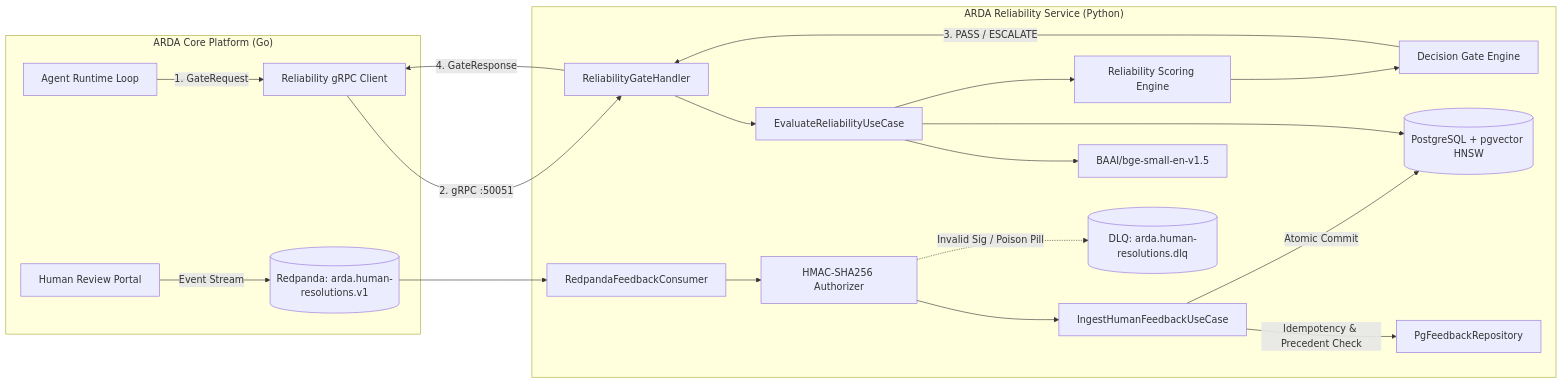
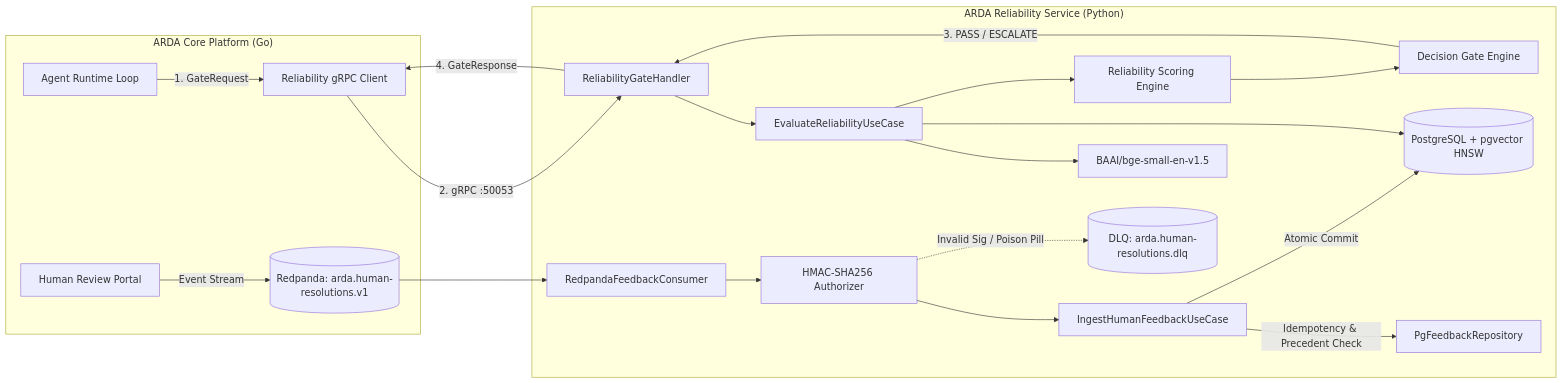
The diagram in README.md (aswinsreeraj/arda-reliability-service), drawn with Mermaid before and after one commit. The commit also changed 1 other file, not shown here.

Commit message:
chore(reliability): add module entrypoint and update gRPC architecture port documentation
- Add __main__.py to support running service via python -m arda_reliability_service
- Update README architecture diagram to reflect active gRPC port 50053

````diff
--- a/README.md
+++ b/README.md
@@ -29,25 +29,25 @@
 ```mermaid
 flowchart LR
     subgraph ARDA_Go["ARDA Core Platform (Go)"]
         Agent[Agent Runtime Loop] -->|1. GateRequest| gRPCClient[Reliability gRPC Client]
         Portal[Human Review Portal] -->|Event Stream| RedpandaTopic[("Redpanda: arda.human-resolutions.v1")]
     end
 
     subgraph Reliability_Service["ARDA Reliability Service (Python)"]
-        gRPCClient -->|2. gRPC :50051| GRPCHandler[ReliabilityGateHandler]
+        gRPCClient -->|2. gRPC :50053| GRPCHandler[ReliabilityGateHandler]
         GRPCHandler --> UseCase1[EvaluateReliabilityUseCase]
         UseCase1 --> Embedder[BAAI/bge-small-en-v1.5]
         UseCase1 --> PgVector[(PostgreSQL + pgvector HNSW)]
         UseCase1 --> Scoring[Reliability Scoring Engine]
         Scoring --> Decision[Decision Gate Engine]
         Decision -->|3. PASS / ESCALATE| GRPCHandler
         GRPCHandler -->|4. GateResponse| gRPCClient
 
         RedpandaTopic --> Consumer[RedpandaFeedbackConsumer]
         Consumer --> Authorizer[HMAC-SHA256 Authorizer]
         Authorizer --> UseCase2[IngestHumanFeedbackUseCase]
         UseCase2 -->|Idempotency & Precedent Check| PgFeedback[PgFeedbackRepository]
         UseCase2 -->|Atomic Commit| PgVector
         Authorizer -.->|Invalid Sig / Poison Pill| DLQ[("DLQ: arda.human-resolutions.dlq")]
     end
 ```
````
